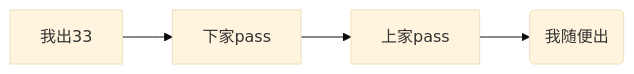
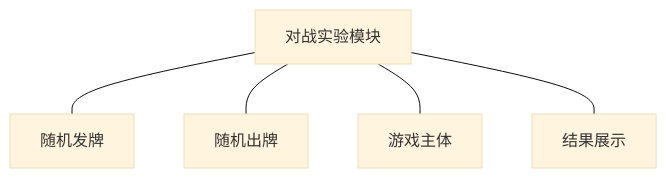
Before and after one commit to aihy/Doudizhu-AI: the second of 2 diagrams in 一个斗地主人工智能的设计与实现.md, drawn with Mermaid (base theme). The commit also changed other lines of this file and 1 other file, not shown here.

````diff
--- a/一个斗地主人工智能的设计与实现.md
+++ b/一个斗地主人工智能的设计与实现.md
@@ -184,6 +370,7 @@
 ```mermaid
-graph LR
-a[我出33]-->b[下家pass]
-b-->c[上家pass]
-c-->d(我随便出)
+graph TD
+a[对战实验模块]---b[随机发牌]
+a---c[随机出牌]
+a---d[游戏主体]
+a---e[结果展示]
 ```
````
